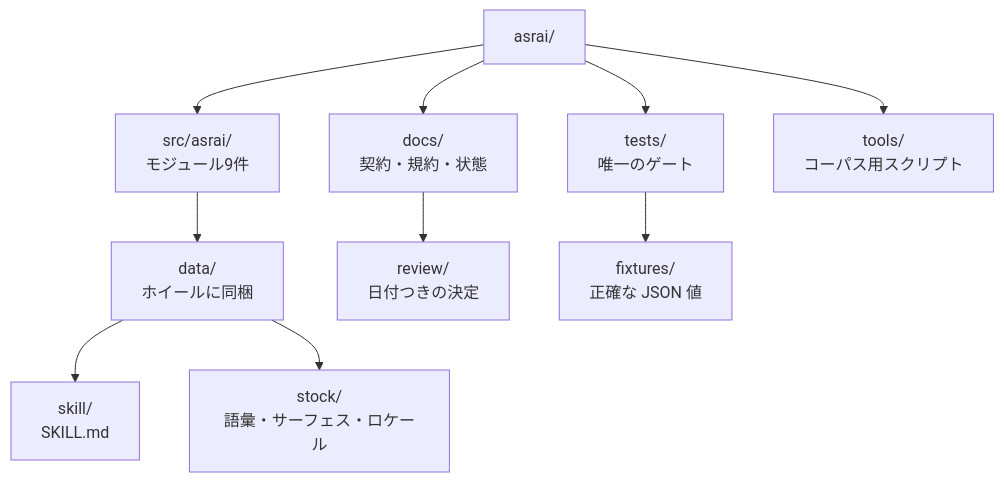
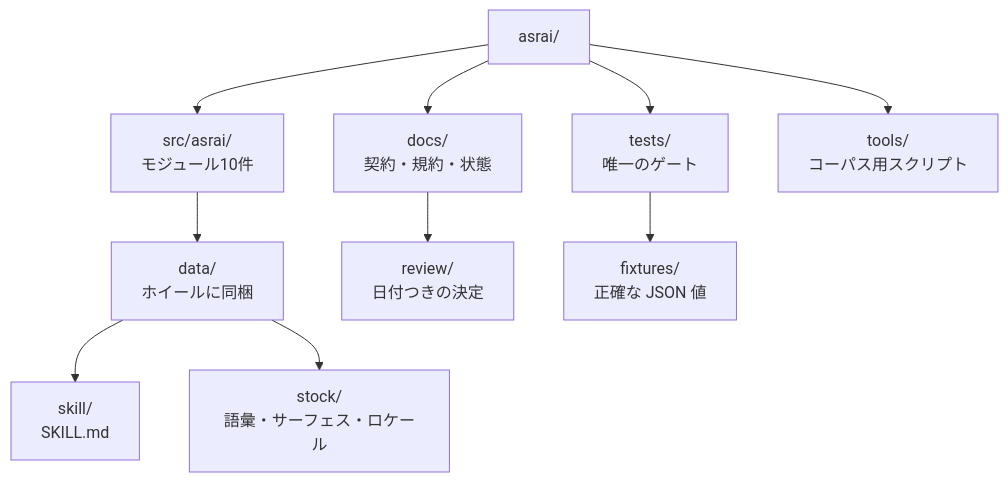
One commit to Stdev17/asrai changed the diagram in docs/i18n/ja/README.md. Above: the diagram before and after it, drawn with Mermaid. The commit also changed other lines of this file and 9 other files, not shown here.

````diff
--- a/docs/i18n/ja/README.md
+++ b/docs/i18n/ja/README.md
@@ -76,8 +76,8 @@
 ```mermaid
 flowchart TD
-    ROOT["asrai/"] --> SRC["src/asrai/<br/>モジュール9件"] & DOCS["docs/<br/>契約・規約・状態"] & TESTS["tests/<br/>唯一のゲート"] & TOOLS["tools/<br/>コーパス用スクリプト"]
+    ROOT["asrai/"] --> SRC["src/asrai/<br/>モジュール10件"] & DOCS["docs/<br/>契約・規約・状態"] & TESTS["tests/<br/>唯一のゲート"] & TOOLS["tools/<br/>コーパス用スクリプト"]
     SRC --> DATA["data/<br/>ホイールに同梱"]
     DATA --> SKILL["skill/<br/>SKILL.md"] & STOCK["stock/<br/>語彙・サーフェス・ロケール"]
     DOCS --> REVIEW["review/<br/>日付つきの決定"]
     TESTS --> FIX["fixtures/<br/>正確な JSON 値"]
 ```
````
